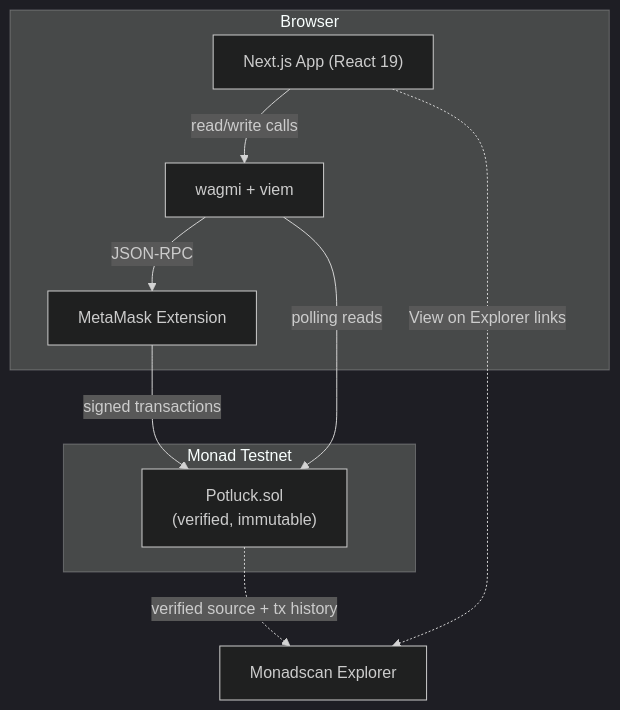
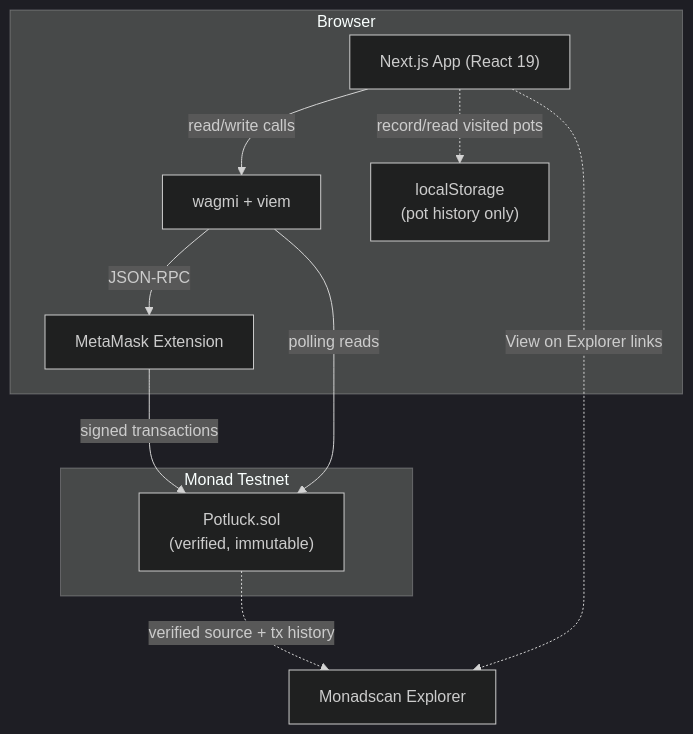
The second of 2 diagrams in README.md (Guna-Asher/Potluck), drawn with Mermaid (dark theme) before and after one commit. The commit also changed other lines of this file, not shown here.

Commit message:
feat: update README with new features, design system details, and improved clarity on pot history

````diff
--- a/README.md
+++ b/README.md
@@ -139,21 +170,23 @@
 ```mermaid
 flowchart TD
     subgraph Client["Browser"]
         UI["Next.js App (React 19)"]
         Wagmi["wagmi + viem"]
         MM["MetaMask Extension"]
+        LS["localStorage\n(pot history only)"]
     end
 
     subgraph Chain["Monad Testnet"]
         Contract["Potluck.sol\n(verified, immutable)"]
     end
 
     Explorer["Monadscan Explorer"]
 
     UI -->|read/write calls| Wagmi
     Wagmi -->|JSON-RPC| MM
     MM -->|signed transactions| Contract
     Wagmi -->|polling reads| Contract
+    UI -.->|record/read visited pots| LS
     Contract -.->|verified source + tx history| Explorer
     UI -.->|"View on Explorer" links| Explorer
 ```
````
